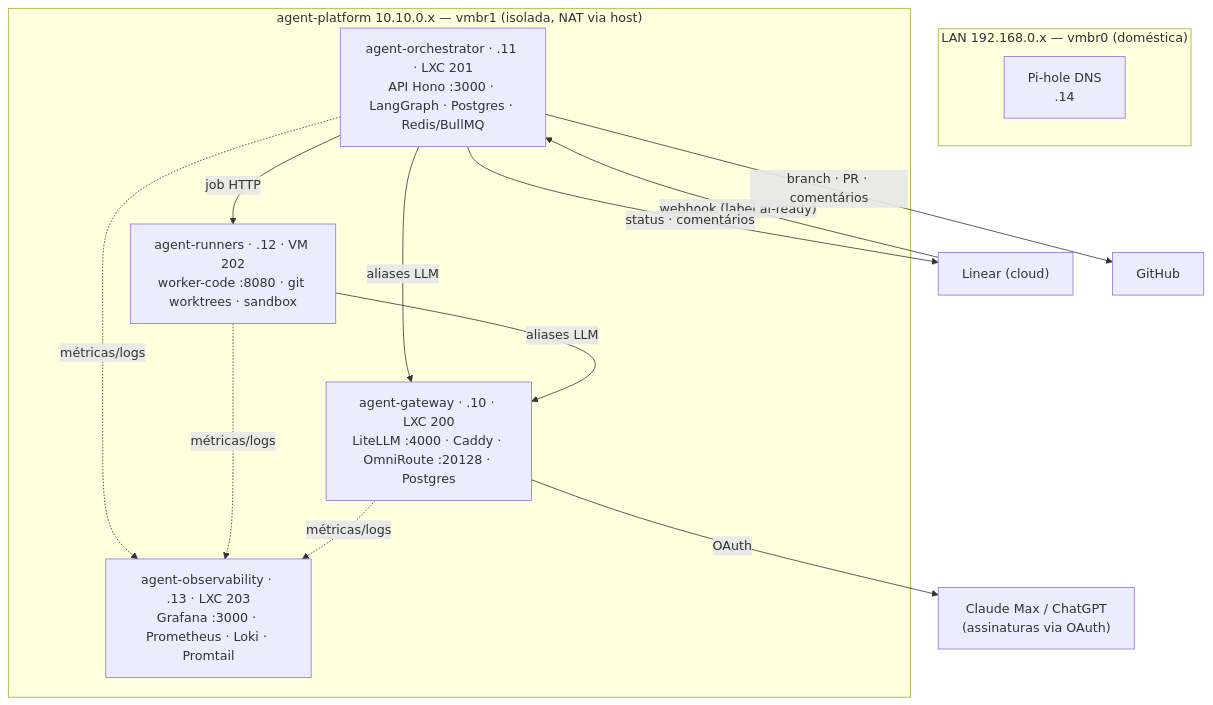
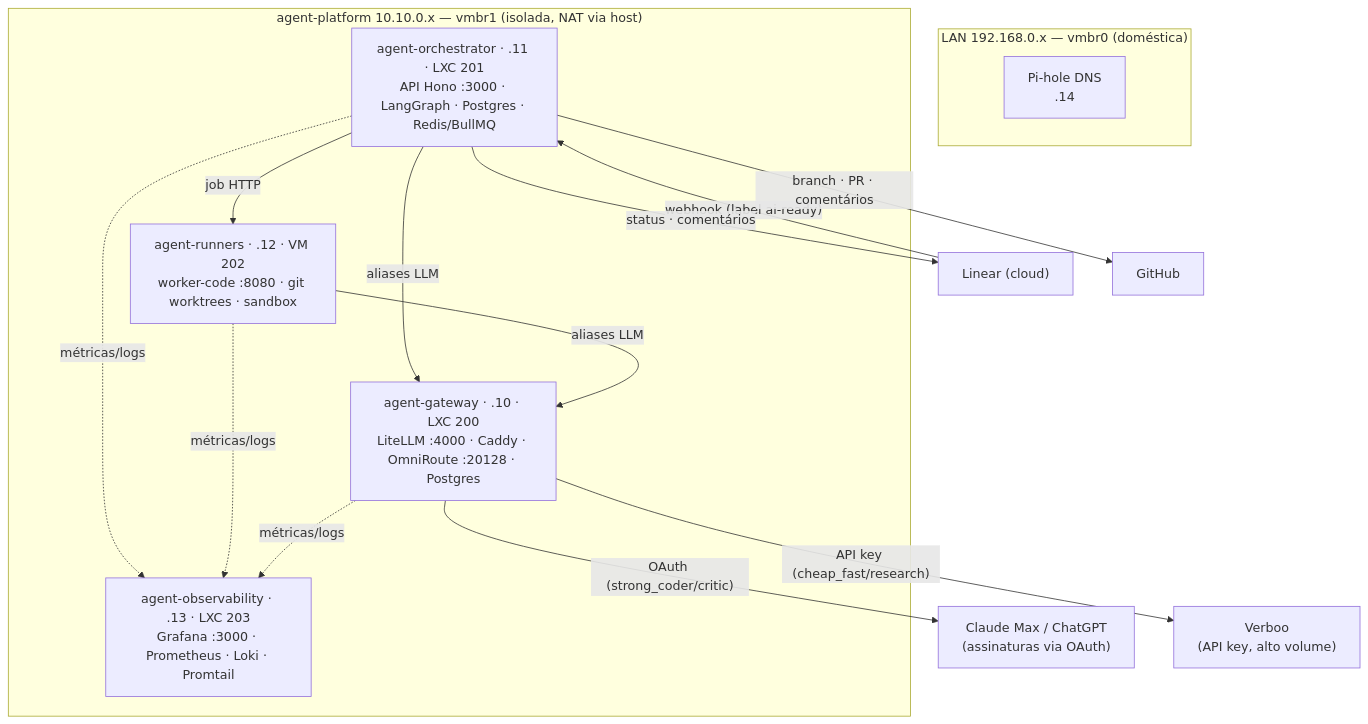
The first of 2 diagrams in docs/ARCHITECTURE.md (raniellimontagna/agent-platform), drawn with Mermaid before and after one commit. The commit also changed other lines of this file and 4 other files, not shown here.

````diff
--- a/docs/ARCHITECTURE.md
+++ b/docs/ARCHITECTURE.md
@@ -13,28 +13,30 @@
 ```mermaid
 flowchart TB
   subgraph LAN["LAN 192.168.0.x — vmbr0 (doméstica)"]
     PIHOLE["Pi-hole DNS<br/>.14"]
   end
 
   subgraph AGENT["agent-platform 10.10.0.x — vmbr1 (isolada, NAT via host)"]
     GW["agent-gateway · .10 · LXC 200<br/>LiteLLM :4000 · Caddy · OmniRoute :20128 · Postgres"]
     ORCH["agent-orchestrator · .11 · LXC 201<br/>API Hono :3000 · LangGraph · Postgres · Redis/BullMQ"]
     RUN["agent-runners · .12 · VM 202<br/>worker-code :8080 · git worktrees · sandbox"]
     OBS["agent-observability · .13 · LXC 203<br/>Grafana :3000 · Prometheus · Loki · Promtail"]
   end
 
   LINEAR["Linear (cloud)"]
   GH["GitHub"]
   SUBS["Claude Max / ChatGPT<br/>(assinaturas via OAuth)"]
+  VERBOO["Verboo<br/>(API key, alto volume)"]
 
   LINEAR -->|"webhook (label ai-ready)"| ORCH
   ORCH -->|"job HTTP"| RUN
   ORCH -->|"aliases LLM"| GW
   RUN -->|"aliases LLM"| GW
-  GW -->|"OAuth"| SUBS
+  GW -->|"OAuth (strong_coder/critic)"| SUBS
+  GW -->|"API key (cheap_fast/research)"| VERBOO
   ORCH -->|"branch · PR · comentários"| GH
   ORCH -->|"status · comentários"| LINEAR
   ORCH -.métricas/logs.-> OBS
   RUN -.métricas/logs.-> OBS
   GW -.métricas/logs.-> OBS
 ```
````
